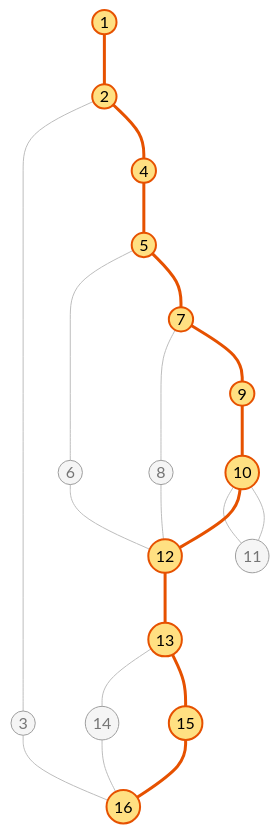
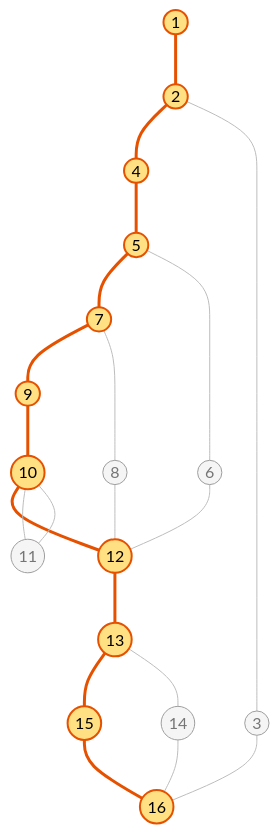
Before and after one commit to bloedige/itdb_ctf: the seventh of 7 diagrams in tests/docs/caja_blanca_03_puntaje_total_usuario.md, drawn with Mermaid. The commit also changed other lines of this file and 47 other files, not shown here.

````diff
--- a/tests/docs/caja_blanca_03_puntaje_total_usuario.md
+++ b/tests/docs/caja_blanca_03_puntaje_total_usuario.md
@@ -287,28 +319,28 @@
 ```mermaid
 graph TD
     n1((1)) --- n2((2))
-    n2 --- n3((3))
-    n3 --- n16((16))
     n2 --- n4((4))
     n4 --- n5((5))
-    n5 --- n6((6))
-    n6 --- n12((12))
     n5 --- n7((7))
+    n7 --- n9((9))
+    n9 --- n10((10))
+    n10 --- n12((12))
+    n12 --- n13((13))
+    n13 --- n15((15))
+    n15 --- n16((16))
+    n13 --- n14((14))
+    n14 --- n16
+    n10 --- n11((11))
+    n11 --- n10
     n7 --- n8((8))
     n8 --- n12
-    n7 --- n9((9))
-    n9 --- n10((10))
-    n10 --- n11((11))
-    n11 --- n10
-    n10 --- n12
-    n12 --- n13((13))
-    n13 --- n14((14))
-    n14 --- n16
-    n13 --- n15((15))
-    n15 --- n16
+    n5 --- n6((6))
+    n6 --- n12
+    n2 --- n3((3))
+    n3 --- n16
     classDef default fill:#f5f5f5,stroke:#9e9e9e,color:#757575
     classDef camino fill:#ffe082,stroke:#e65100,stroke-width:2px,color:#000
     class n1,n2,n4,n5,n7,n9,n10,n12,n13,n15,n16 camino
     linkStyle default stroke:#bdbdbd,stroke-width:1px
-    linkStyle 0,3,4,7,10,11,14,15,18,19 stroke:#e65100,stroke-width:3px
+    linkStyle 0,1,2,3,4,5,6,7,8,9 stroke:#e65100,stroke-width:3px
 ```
````
